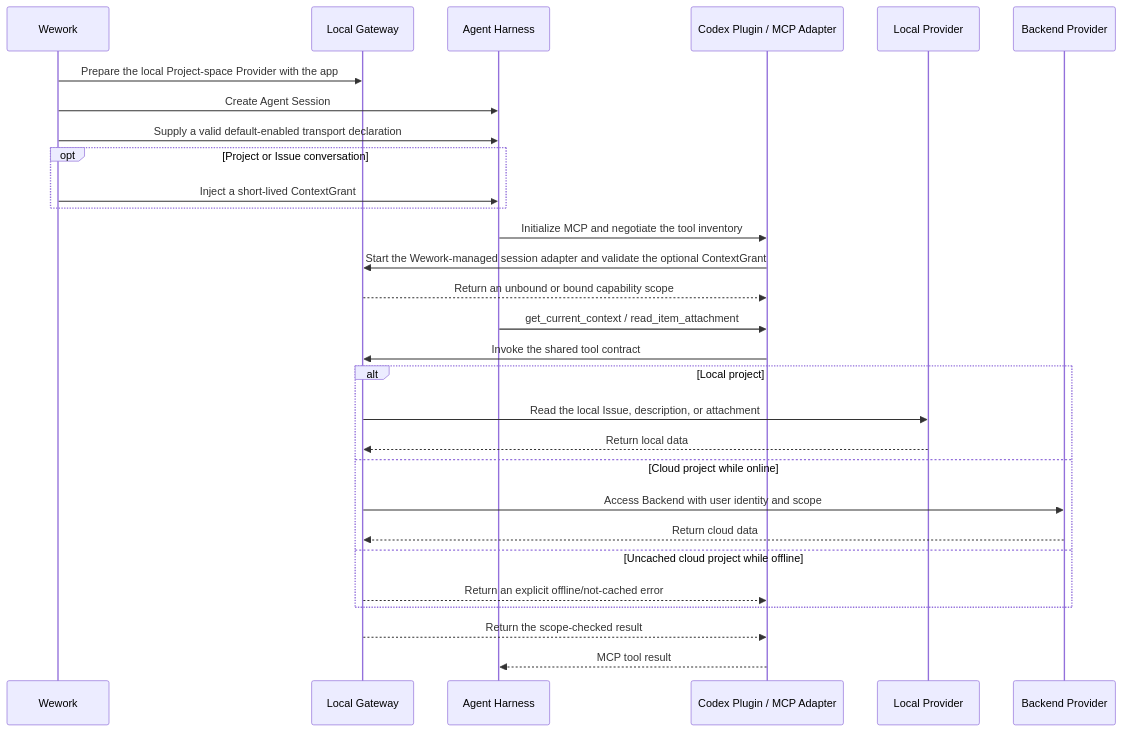
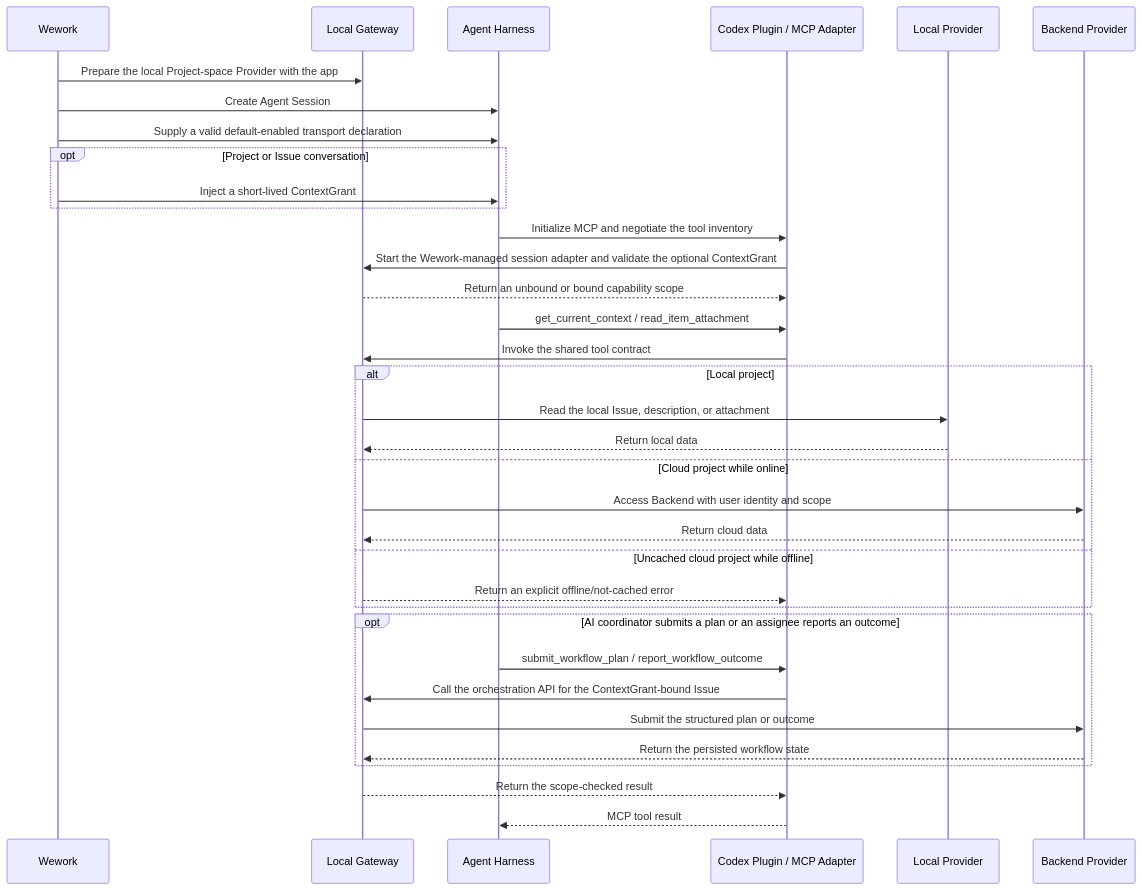
One commit to wecode-ai/Wegent changed the second of 2 diagrams in docs/en/architecture/project-space-agent-capability.md. Above: the diagram before and after it, drawn with Mermaid. The commit also changed other lines of this file and 27 other files, not shown here.

````diff
--- a/docs/en/architecture/project-space-agent-capability.md
+++ b/docs/en/architecture/project-space-agent-capability.md
@@ -30,32 +30,38 @@
 ```mermaid
 sequenceDiagram
     participant W as Wework
     participant G as Local Gateway
     participant H as Agent Harness
     participant P as Codex Plugin / MCP Adapter
     participant L as Local Provider
     participant B as Backend Provider
 
     W->>G: Prepare the local Project-space Provider with the app
     W->>H: Create Agent Session
     W->>H: Supply a valid default-enabled transport declaration
     opt Project or Issue conversation
         W->>H: Inject a short-lived ContextGrant
     end
     H->>P: Initialize MCP and negotiate the tool inventory
     P->>G: Start the Wework-managed session adapter and validate the optional ContextGrant
     G-->>P: Return an unbound or bound capability scope
     H->>P: get_current_context / read_item_attachment
     P->>G: Invoke the shared tool contract
     alt Local project
         G->>L: Read the local Issue, description, or attachment
         L-->>G: Return local data
     else Cloud project while online
         G->>B: Access Backend with user identity and scope
         B-->>G: Return cloud data
     else Uncached cloud project while offline
         G-->>P: Return an explicit offline/not-cached error
     end
+    opt AI coordinator submits a plan or an assignee reports an outcome
+        H->>P: submit_workflow_plan / report_workflow_outcome
+        P->>G: Call the orchestration API for the ContextGrant-bound Issue
+        G->>B: Submit the structured plan or outcome
+        B-->>G: Return the persisted workflow state
+    end
     G-->>P: Return the scope-checked result
     P-->>H: MCP tool result
 ```
````
